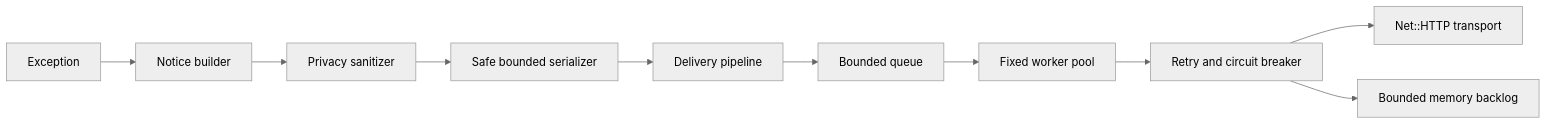
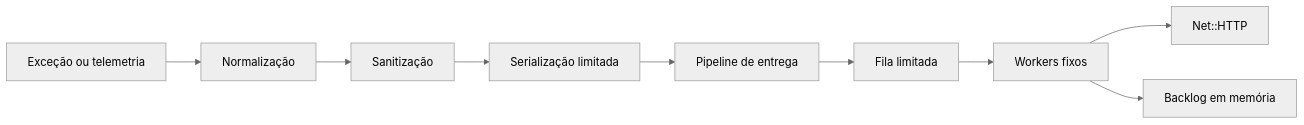
The diagram in README.md (antoniojefferson/chronos-ruby), drawn with Mermaid (neutral theme) before and after one commit. The commit also changed other lines of this file and 27 other files, not shown here.

````diff
--- a/README.md
+++ b/README.md
@@ -274,12 +224,11 @@
 ```mermaid
 flowchart LR
-  E[Exception] --> N[Notice builder]
-  N --> P[Privacy sanitizer]
-  P --> S[Safe bounded serializer]
-  S --> D[Delivery pipeline]
-  D --> Q[Bounded queue]
-  Q --> W[Fixed worker pool]
-  W --> R[Retry and circuit breaker]
-  R --> H[Net::HTTP transport]
-  R --> B[Bounded memory backlog]
+  E[Exceção ou telemetria] --> N[Normalização]
+  N --> P[Sanitização]
+  P --> S[Serialização limitada]
+  S --> D[Pipeline de entrega]
+  D --> Q[Fila limitada]
+  Q --> W[Workers fixos]
+  W --> H[Net::HTTP]
+  W --> B[Backlog em memória]
 ```
````
